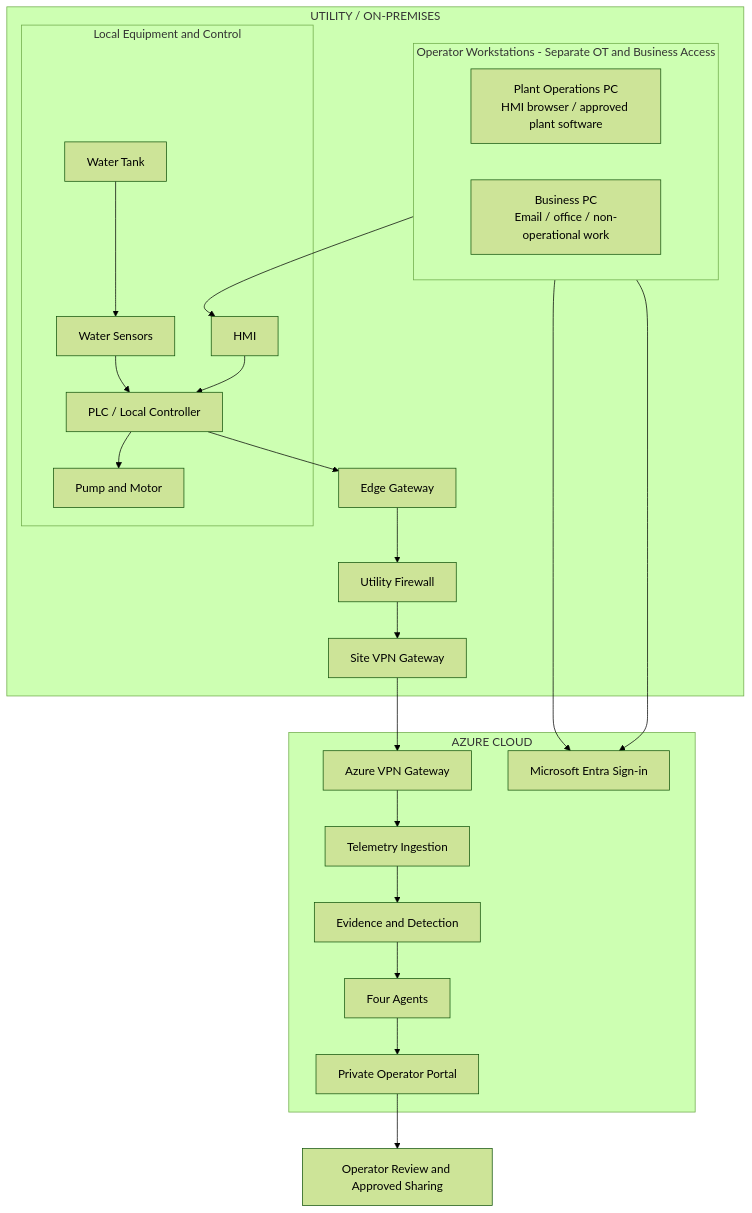
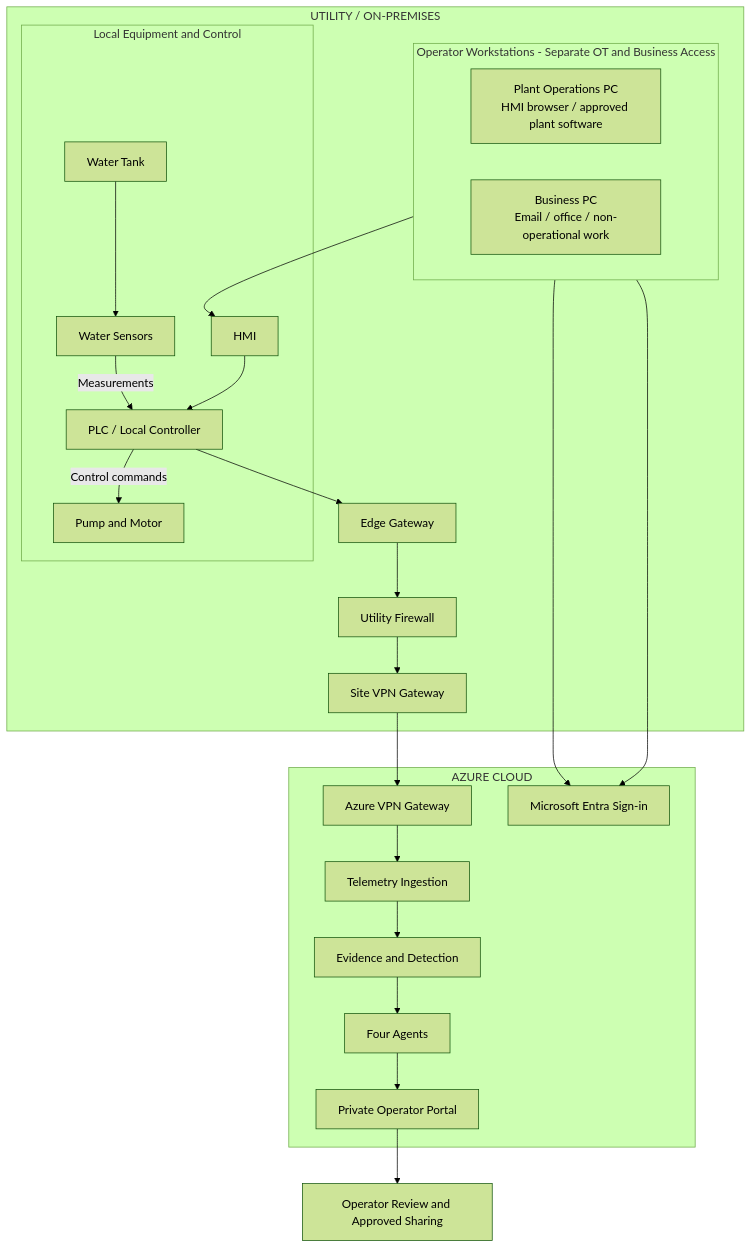
Before and after one commit to srvenkatms/WaterSupplyInisghtIQ: the second of 2 diagrams in docs/target-architecture.md, drawn with Mermaid (forest theme). The commit also changed other lines of this file, not shown here.

Commit message:
Distinguish sensor measurements from PLC pump commands

````diff
--- a/docs/target-architecture.md
+++ b/docs/target-architecture.md
@@ -146,41 +146,43 @@
 ```mermaid
 flowchart TB
   subgraph Site["UTILITY / ON-PREMISES"]
     subgraph Workstations["Operator Workstations - Separate OT and Business Access"]
       direction LR
       Desktop["Plant Operations PC<br/>HMI browser / approved plant software"]
       BusinessPC["Business PC<br/>Email / office / non-operational work"]
     end
     subgraph Equipment["Local Equipment and Control"]
       Tank["Water Tank"]
       Sensors["Water Sensors"]
       PLC["PLC / Local Controller"]
       Pump["Pump and Motor"]
       HMI["HMI"]
-      Tank --> Sensors --> PLC --> Pump
+      Tank --> Sensors
+      Sensors -->|"Measurements"| PLC
+      PLC -->|"Control commands"| Pump
       HMI --> PLC
     end
     Gateway["Edge Gateway"]
     Firewall["Utility Firewall"]
     SiteVPN["Site VPN Gateway"]
     Desktop --> HMI
     %% Layout-only link aligns the PCs; business-to-HMI access is prohibited.
     BusinessPC ~~~ HMI
     PLC --> Gateway --> Firewall --> SiteVPN
   end
 
   subgraph Cloud["AZURE CLOUD"]
     Entra["Microsoft Entra Sign-in"]
     CloudVPN["Azure VPN Gateway"]
     Ingestion["Telemetry Ingestion"]
     Evidence["Evidence and Detection"]
     Agents["Four Agents"]
     Portal["Private Operator Portal"]
     CloudVPN --> Ingestion --> Evidence --> Agents --> Portal
   end
 
   SiteVPN --> CloudVPN
   Portal --> Review["Operator Review and Approved Sharing"]
   Desktop --> Entra
   BusinessPC --> Entra
 ```
````
